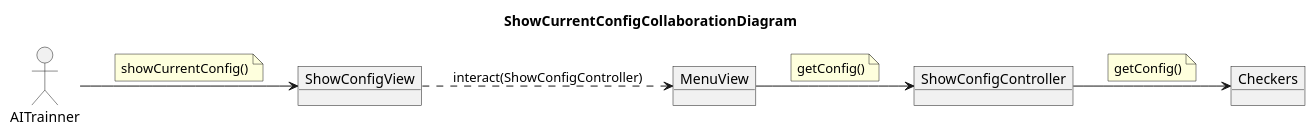
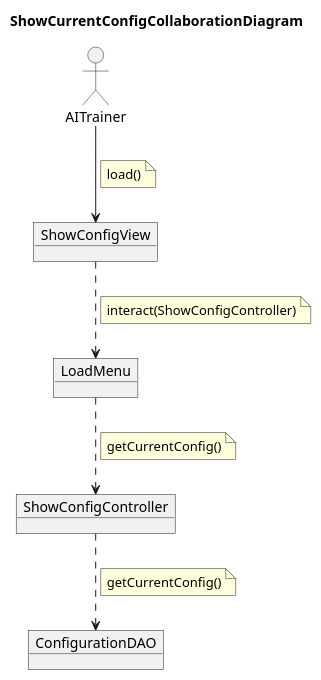
One commit to Master-Desarrollo-20-21/patrones-diseno---practica-final---juego-de-las-damas-fraylopez changed the diagram in docs/src/analysis/use-cases/showCurrentConfig-colab.plantuml. Above: the diagram before and after it, drawn with PlantUML. The commit also changed 22 other files, not shown here.

```diff
--- a/docs/src/analysis/use-cases/showCurrentConfig-colab.plantuml
+++ b/docs/src/analysis/use-cases/showCurrentConfig-colab.plantuml
@@ -1,27 +1,33 @@
 @startuml ShowCurrentConfigCollaborationDiagram
 title ShowCurrentConfigCollaborationDiagram
-left to right direction
+' left to right direction
 
 allow_mixing
-actor AITrainner
-object MenuView
+
+actor AITrainer
+object ShowConfigController
+
 object ShowConfigView
-AITrainner --> ShowConfigView
+object LoadMenu
+object ConfigurationDAO
+
+AITrainer --> ShowConfigView
 note on link
-showCurrentConfig()
+    load()
+end note
+ShowConfigView ..> LoadMenu
+note on link
+    interact(ShowConfigController)
 end note
 
-ShowConfigView ..> MenuView  : interact(ShowConfigController)
-
-object ShowConfigController
-MenuView --> ShowConfigController
+LoadMenu ..> ShowConfigController
 note on link
-getConfig()
+    getCurrentConfig()
 end note
 
-object Checkers
-ShowConfigController --> Checkers
+ShowConfigController ..> ConfigurationDAO
 note on link
-getConfig()
+    getCurrentConfig()
 end note
+
 @enduml
```
